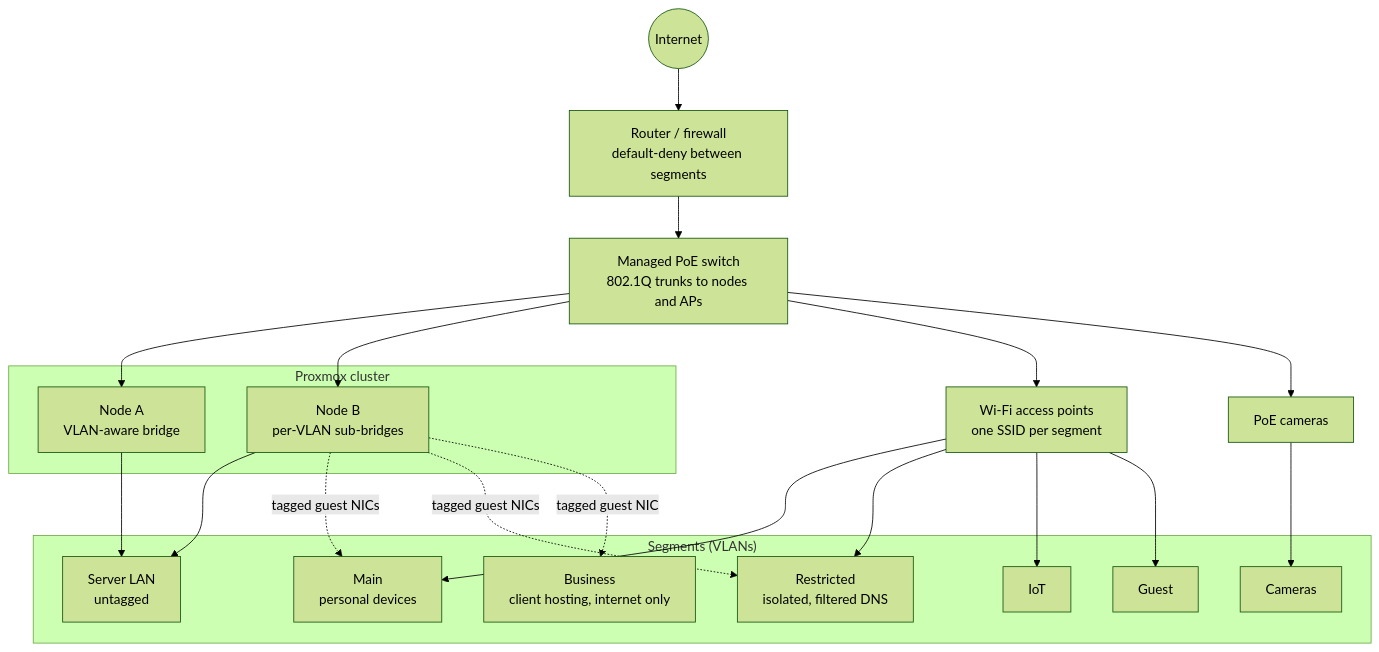
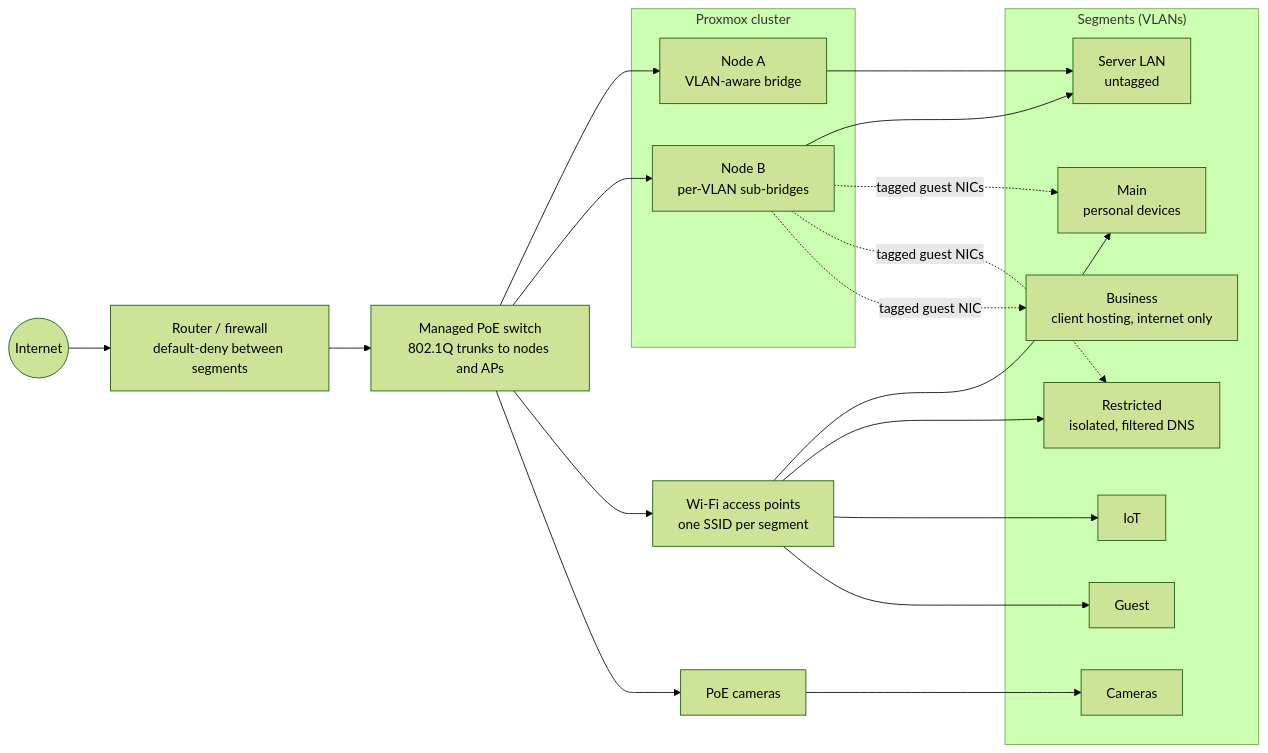
The diagram in homelab-architecture/network-map.md (ConvictSarge/Projects), drawn with Mermaid (forest theme) before and after one commit.

Commit message:
homelab-architecture: network map diagram left-to-right

````diff
--- a/homelab-architecture/network-map.md
+++ b/homelab-architecture/network-map.md
@@ -5,39 +5,39 @@
 ```mermaid
-flowchart TB
+flowchart LR
     internet((Internet))
     router["Router / firewall<br/>default-deny between segments"]
     switch["Managed PoE switch<br/>802.1Q trunks to nodes and APs"]
     aps["Wi-Fi access points<br/>one SSID per segment"]
     cams["PoE cameras"]
 
     subgraph nodes["Proxmox cluster"]
         nodeA["Node A<br/>VLAN-aware bridge"]
         nodeB["Node B<br/>per-VLAN sub-bridges"]
     end
 
     subgraph segs["Segments (VLANs)"]
         srv["Server LAN<br/>untagged"]
         main["Main<br/>personal devices"]
         restricted["Restricted<br/>isolated, filtered DNS"]
         iot["IoT"]
         camv["Cameras"]
         guest["Guest"]
         biz["Business<br/>client hosting, internet only"]
     end
 
     internet --> router --> switch
     switch --> nodeA
     switch --> nodeB
     switch --> aps
     switch --> cams
     nodeA --> srv
     nodeB --> srv
     nodeB -. tagged guest NICs .-> main
     nodeB -. tagged guest NICs .-> restricted
     nodeB -. tagged guest NIC .-> biz
     aps --> main
     aps --> restricted
     aps --> iot
     aps --> guest
     cams --> camv
 ```
````
